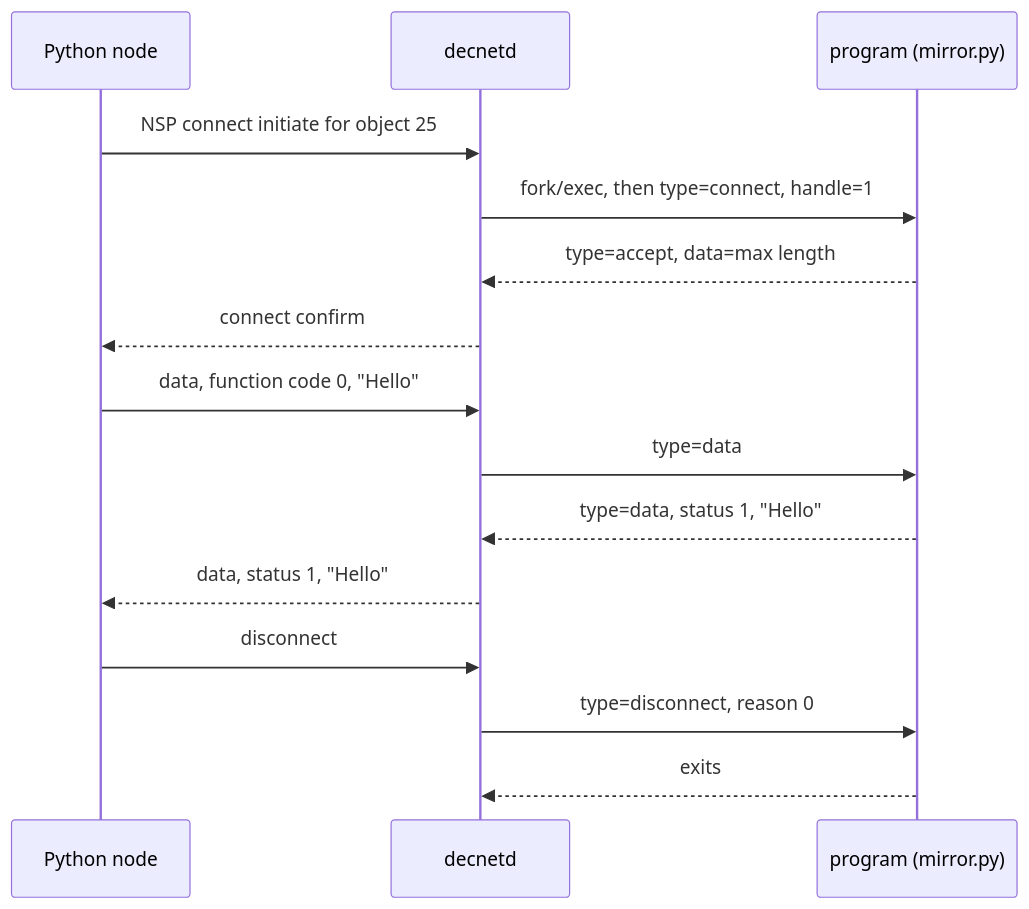
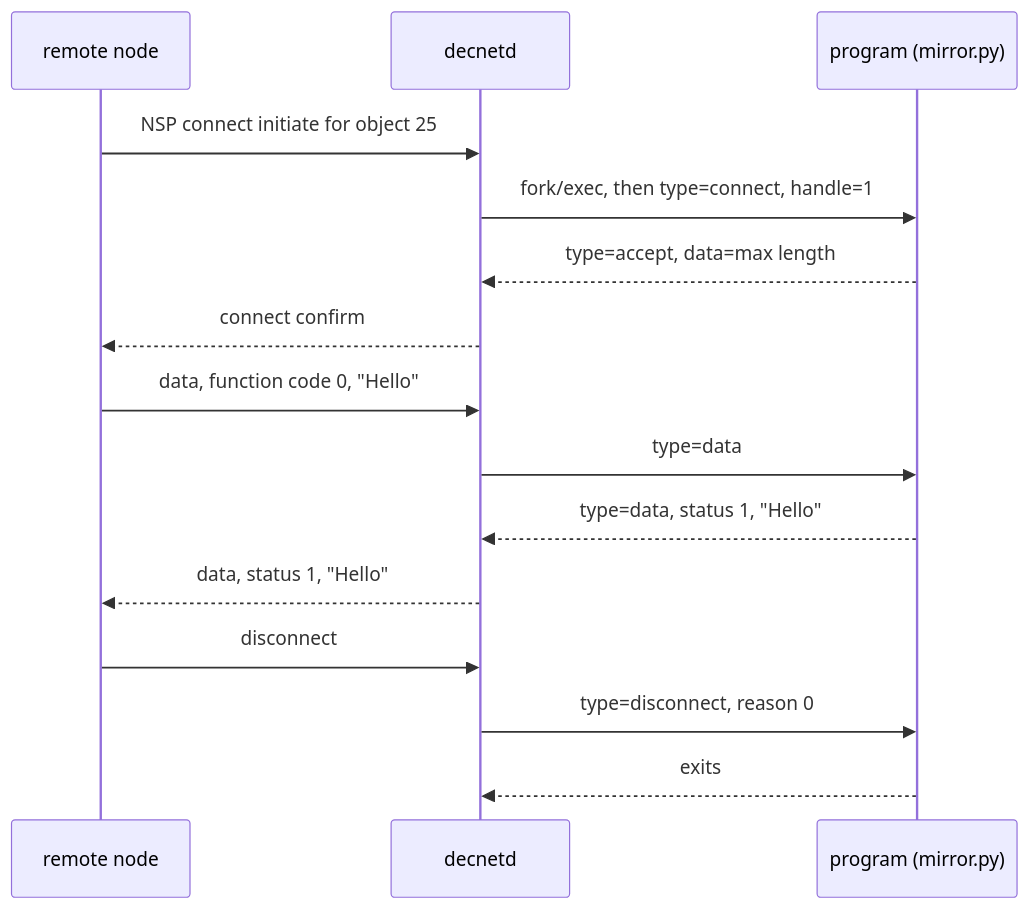
The fifth of 5 diagrams in PORTING.md (RichardPar/cppdecnet), drawn with Mermaid before and after one commit. The commit also changed other lines of this file and 143 other files, not shown here.

````diff
--- a/PORTING.md
+++ b/PORTING.md
@@ -274,18 +213,18 @@
 ```mermaid
 sequenceDiagram
-    participant P as Python node
+    participant P as remote node
     participant D as decnetd
     participant A as program (mirror.py)
 
     P->>D: NSP connect initiate for object 25
     D->>A: fork/exec, then type=connect, handle=1
     A-->>D: type=accept, data=max length
     D-->>P: connect confirm
     P->>D: data, function code 0, "Hello"
     D->>A: type=data
     A-->>D: type=data, status 1, "Hello"
     D-->>P: data, status 1, "Hello"
     P->>D: disconnect
     D->>A: type=disconnect, reason 0
     A-->>D: exits
 ```
````
